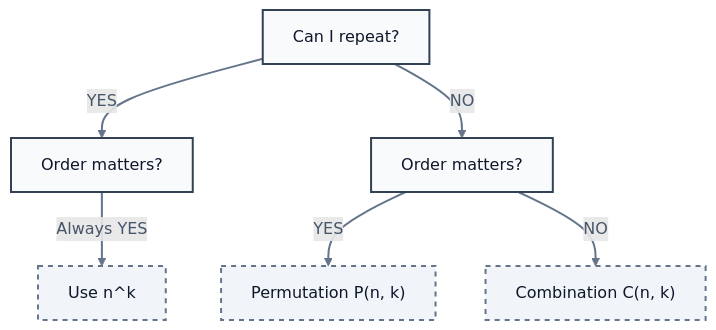
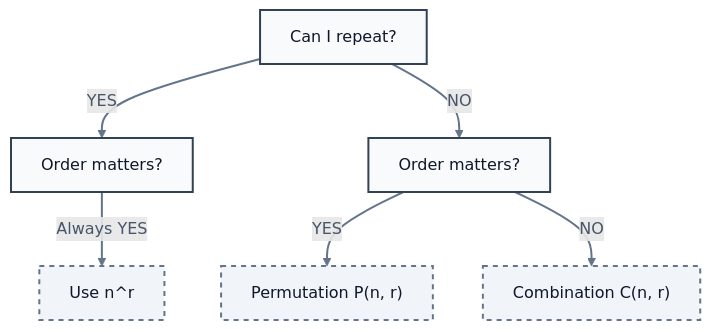
Before and after one commit to yixiaosz/yixiaosz-study-notes: the first of 3 diagrams in tools/probability-statistics/probability-statistics.md, drawn with Mermaid. The commit also changed other lines of this file, not shown here.

````diff
--- a/tools/probability-statistics/probability-statistics.md
+++ b/tools/probability-statistics/probability-statistics.md
@@ -54,30 +54,30 @@
 ```mermaid
 graph TD
     %% Node Definitions
     Start["Can I repeat?"]
     Order1["Order matters?"]
     Order2["Order matters?"]
-    Result1["Use n^k"]
-    Result2["Permutation P(n, k)"]
-    Result3["Combination C(n, k)"]
+    Result1["Use n^r"]
+    Result2["Permutation P(n, r)"]
+    Result3["Combination C(n, r)"]
 
     %% Connections
     Start -- "YES" --> Order1
     Start -- "NO" --> Order2
     
     Order1 -- "Always YES" --> Result1
     
     Order2 -- "YES" --> Result2
     Order2 -- "NO" --> Result3
 
     %% Styling for Light Theme
     style Start fill:#f8fafc,stroke:#334155,stroke-width:2px,color:#0f172a
     style Order1 fill:#f8fafc,stroke:#334155,stroke-width:2px,color:#0f172a
     style Order2 fill:#f8fafc,stroke:#334155,stroke-width:2px,color:#0f172a
     style Result1 fill:#f1f5f9,stroke:#64748b,stroke-width:2px,color:#0f172a,stroke-dasharray: 5 5
     style Result2 fill:#f1f5f9,stroke:#64748b,stroke-width:2px,color:#0f172a,stroke-dasharray: 5 5
     style Result3 fill:#f1f5f9,stroke:#64748b,stroke-width:2px,color:#0f172a,stroke-dasharray: 5 5
 
     %% Link Styling
     linkStyle default stroke:#64748b,stroke-width:2px,color:#475569
 ```
````
